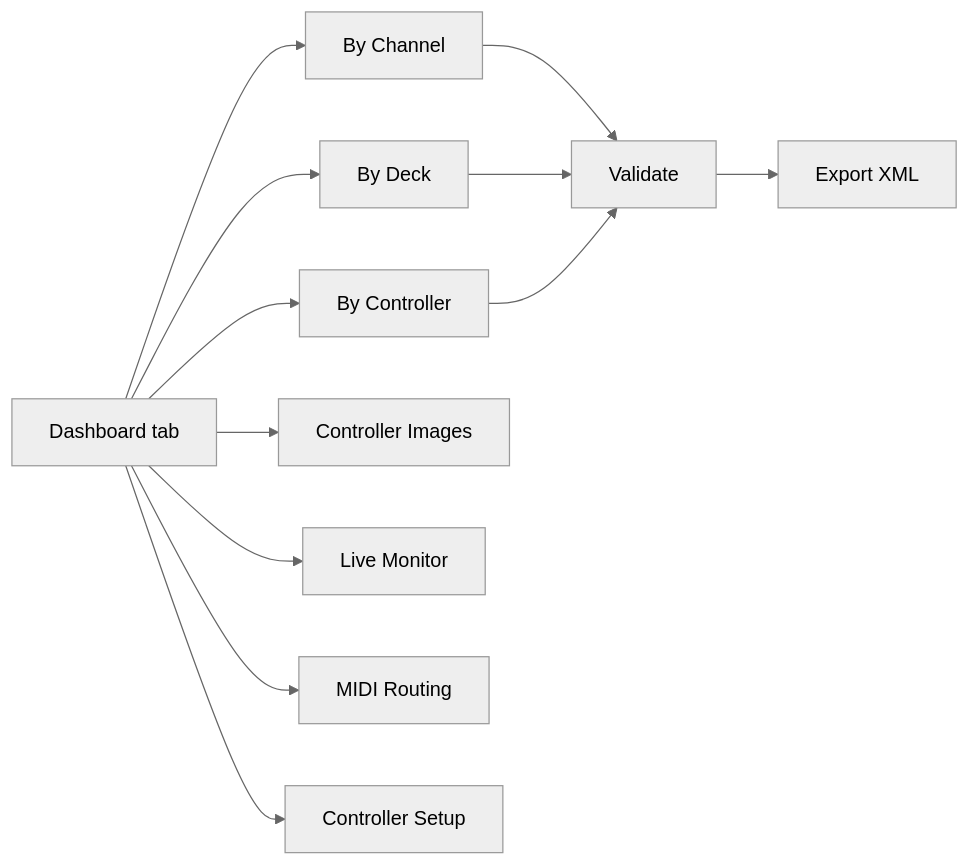
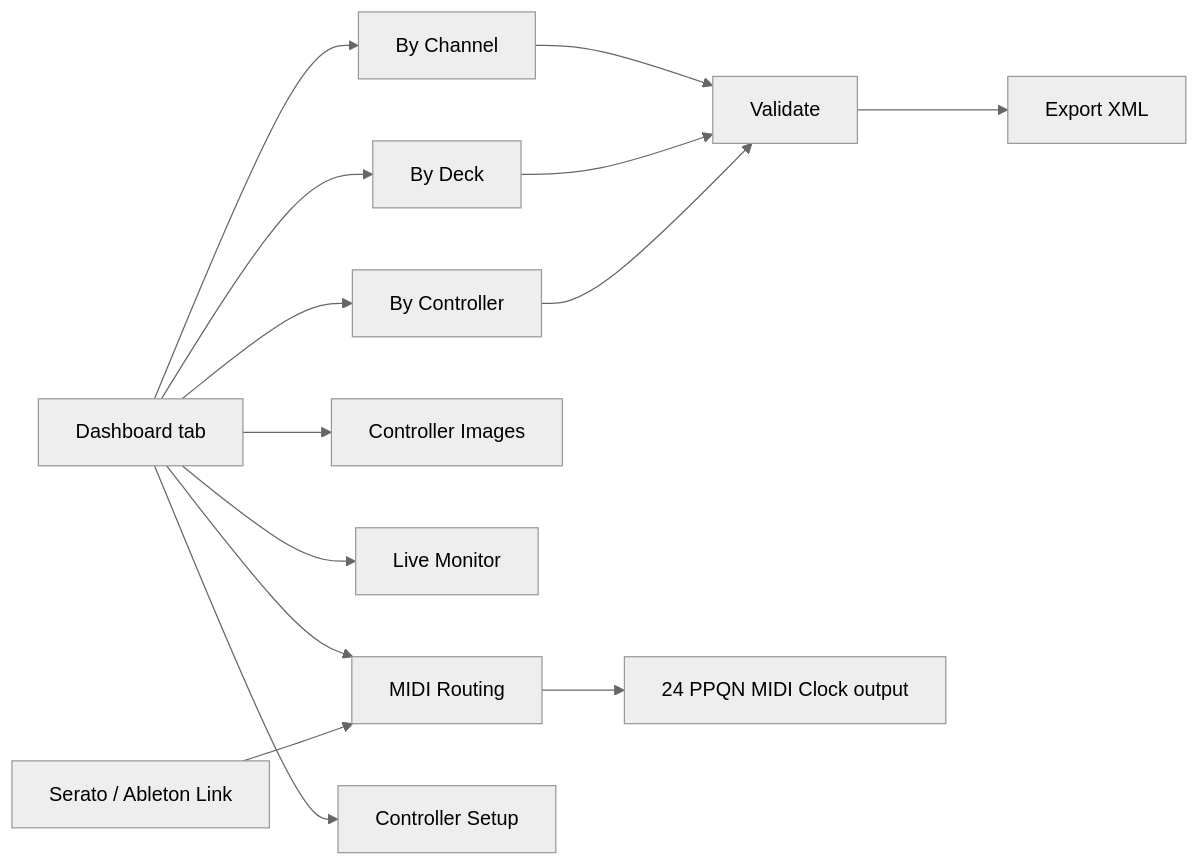
One commit to guillain/DJ-MIDI-Studio changed the diagram in README.md. Above: the diagram before and after it, drawn with Mermaid (neutral theme). The commit also changed other lines of this file and 6 other files, not shown here.

Commit message:
docs(clock): align Ableton Link documentation

````diff
--- a/README.md
+++ b/README.md
@@ -41,14 +42,16 @@
 ```mermaid
 flowchart LR
     Intro[Dashboard tab] --> Channel[By Channel]
 	Intro --> Deck[By Deck]
 	Intro --> Controller[By Controller]
 	Intro --> Images[Controller Images]
 	Intro --> Monitor[Live Monitor]
 	Intro --> Routing[MIDI Routing]
 	Intro --> Setup[Controller Setup]
 	Channel --> Validate[Validate]
 	Deck --> Validate
 	Controller --> Validate
 	Validate --> Export[Export XML]
+	Link[Serato / Ableton Link] --> Routing[MIDI Routing]
+	Routing --> Clock[24 PPQN MIDI Clock output]
 ```
````
